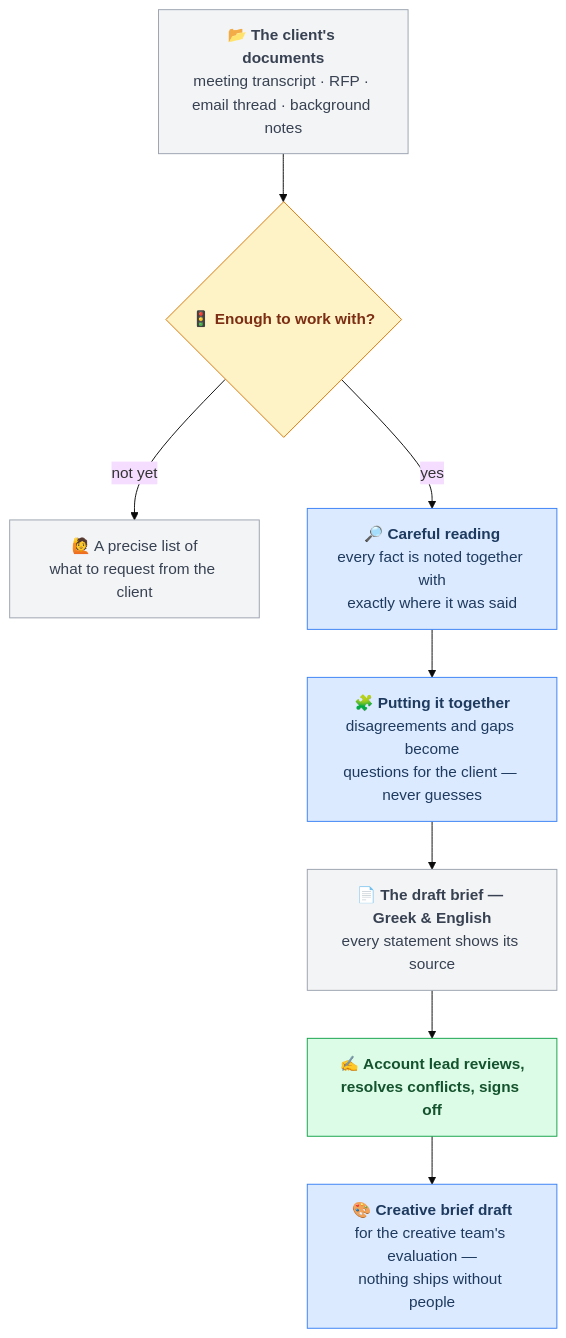
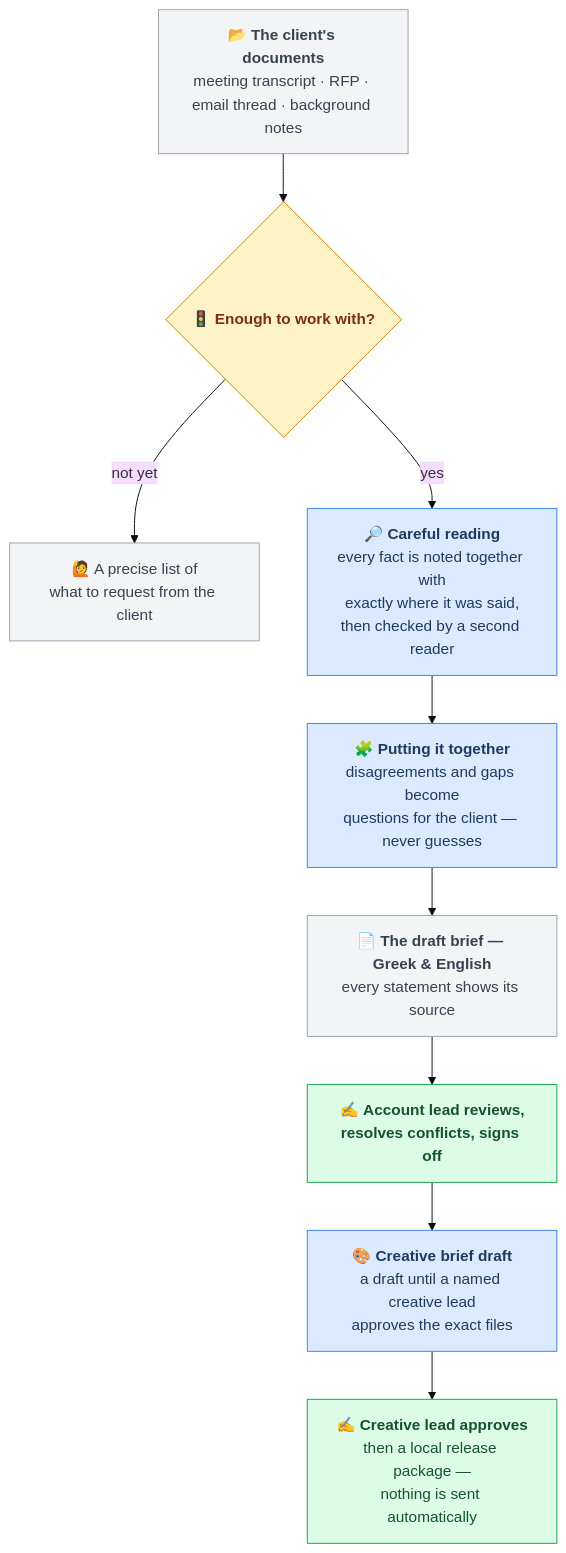
The diagram in README.md (chrimar3/briefMVP), drawn with Mermaid (base theme) before and after one commit. The commit also changed other lines of this file and 19 other files, not shown here.

````diff
--- a/README.md
+++ b/README.md
@@ -33,26 +86,27 @@
 ```mermaid
 flowchart TB
     A["📂 <b>The client's documents</b><br/>meeting transcript · RFP · email thread · background notes"]
     B{"🚦 <b>Enough to work with?</b>"}
     B2["🙋 A precise list of<br/>what to request from the client"]
-    C["🔎 <b>Careful reading</b><br/>every fact is noted together with<br/>exactly where it was said"]
+    C["🔎 <b>Careful reading</b><br/>every fact is noted together with<br/>exactly where it was said,<br/>then checked by a second reader"]
     D["🧩 <b>Putting it together</b><br/>disagreements and gaps become<br/>questions for the client — never guesses"]
     E["📄 <b>The draft brief — Greek & English</b><br/>every statement shows its source"]
     F["✍️ <b>Account lead reviews,<br/>resolves conflicts, signs off</b>"]
-    G["🎨 <b>Creative brief draft</b><br/>for the creative team's evaluation —<br/>nothing ships without people"]
+    G["🎨 <b>Creative brief draft</b><br/>a draft until a named creative lead<br/>approves the exact files"]
+    H["✍️ <b>Creative lead approves</b><br/>then a local release package —<br/>nothing is sent automatically"]
 
     A --> B
     B -- "not yet" --> B2
     B -- "yes" --> C
-    C --> D --> E --> F --> G
+    C --> D --> E --> F --> G --> H
 
     classDef ai fill:#dbeafe,stroke:#3b82f6,color:#1e3a5f
     classDef check fill:#fef3c7,stroke:#d97706,color:#7c2d12
     classDef human fill:#dcfce7,stroke:#16a34a,color:#14532d
     classDef doc fill:#f3f4f6,stroke:#9ca3af,color:#374151
 
     class A,B2,E doc
     class B check
     class C,D,G ai
-    class F human
+    class F,H human
 ```
````
